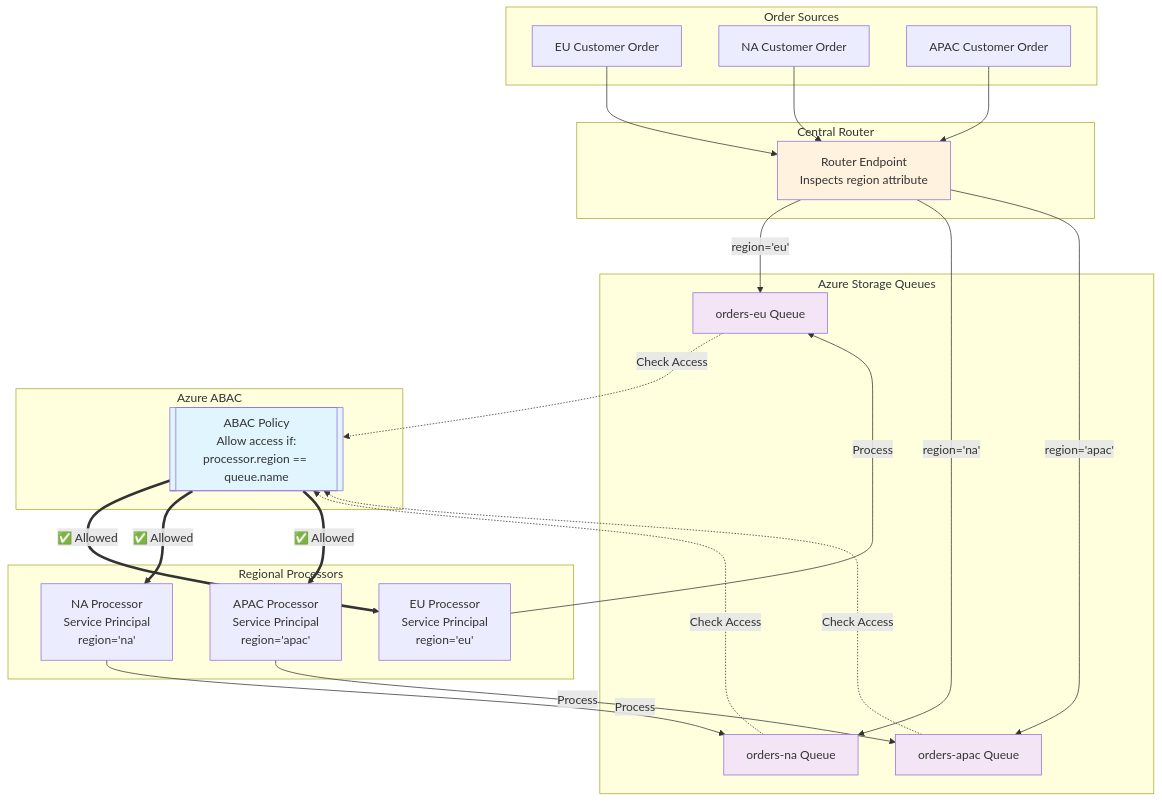
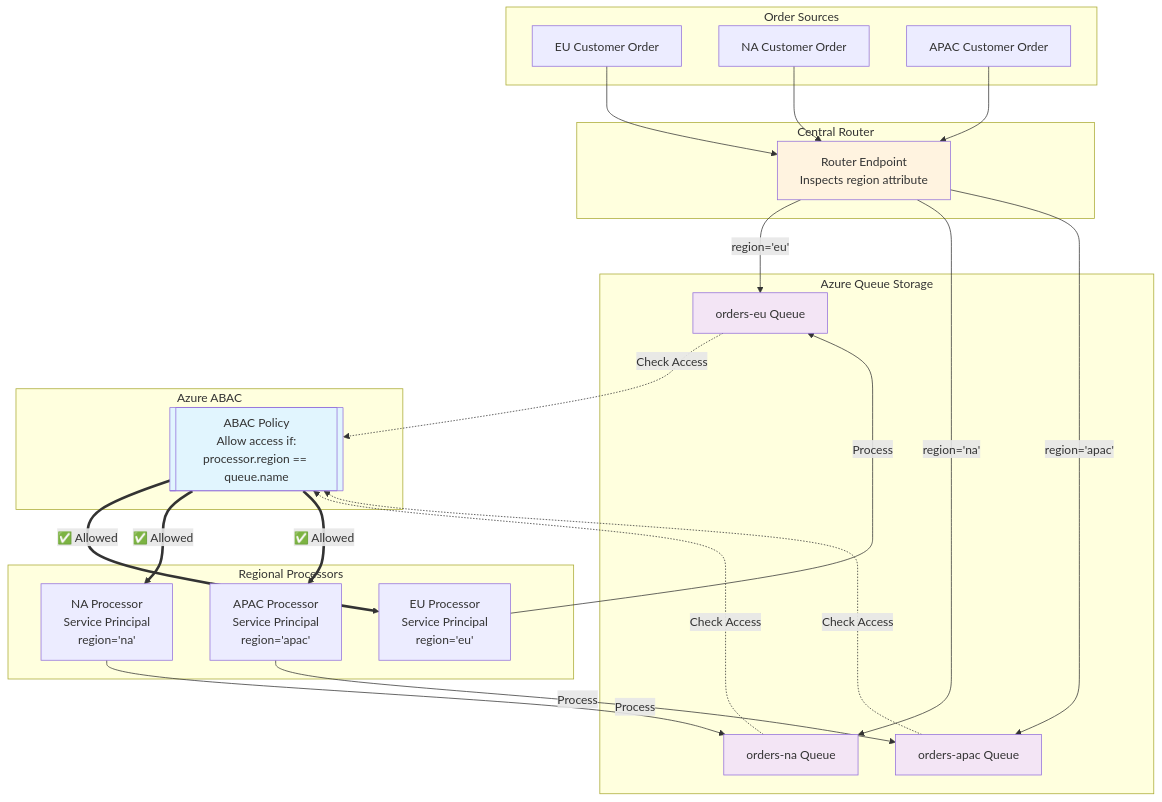
The second of 4 diagrams in architecture/azure/azure-abac-auth.md (Particular/docs.particular.net), drawn with Mermaid before and after one commit. The commit also changed other lines of this file and 69 other files, not shown here.

First line of the commit message:
Use Azure Queue Storage service name (stacked on #8692) (#8696)

````diff
--- a/architecture/azure/azure-abac-auth.md
+++ b/architecture/azure/azure-abac-auth.md
@@ -120,54 +120,54 @@
 ```mermaid
 flowchart TB
     subgraph "Order Sources"
         EU[EU Customer Order]
         NA[NA Customer Order]
         APAC[APAC Customer Order]
     end
 
     subgraph "Central Router"
         Router[Router Endpoint<br/>Inspects region attribute]
     end
 
-    subgraph "Azure Storage Queues"
+    subgraph "Azure Queue Storage"
         QEU[orders-eu Queue]
         QNA[orders-na Queue]
         QAPAC[orders-apac Queue]
     end
 
     subgraph "Regional Processors"
         PEU[EU Processor<br/>Service Principal<br/>region='eu']
         PNA[NA Processor<br/>Service Principal<br/>region='na']
         PAPAC[APAC Processor<br/>Service Principal<br/>region='apac']
     end
 
     subgraph "Azure ABAC"
         ABAC[["ABAC Policy<br/>Allow access if:<br/>processor.region == queue.name"]]
     end
 
     EU --> Router
     NA --> Router
     APAC --> Router
 
     Router -->|"region='eu'"| QEU
     Router -->|"region='na'"| QNA
     Router -->|"region='apac'"| QAPAC
 
     QEU -.->|Check Access| ABAC
     QNA -.->|Check Access| ABAC
     QAPAC -.->|Check Access| ABAC
 
     ABAC ==>|"✅ Allowed"| PEU
     ABAC ==>|"✅ Allowed"| PNA
     ABAC ==>|"✅ Allowed"| PAPAC
 
     PEU -->|Process| QEU
     PNA -->|Process| QNA
     PAPAC -->|Process| QAPAC
 
     style ABAC fill:#e1f5fe
     style Router fill:#fff3e0
     style QEU fill:#f3e5f5
     style QNA fill:#f3e5f5
     style QAPAC fill:#f3e5f5
 ```
````
